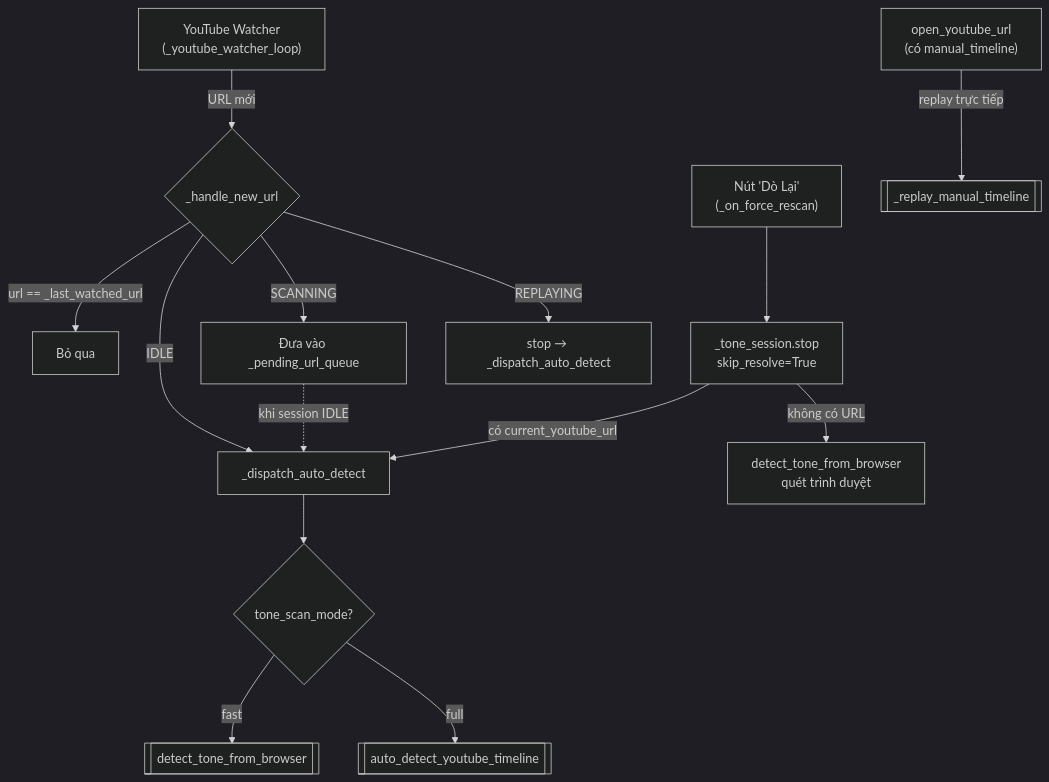
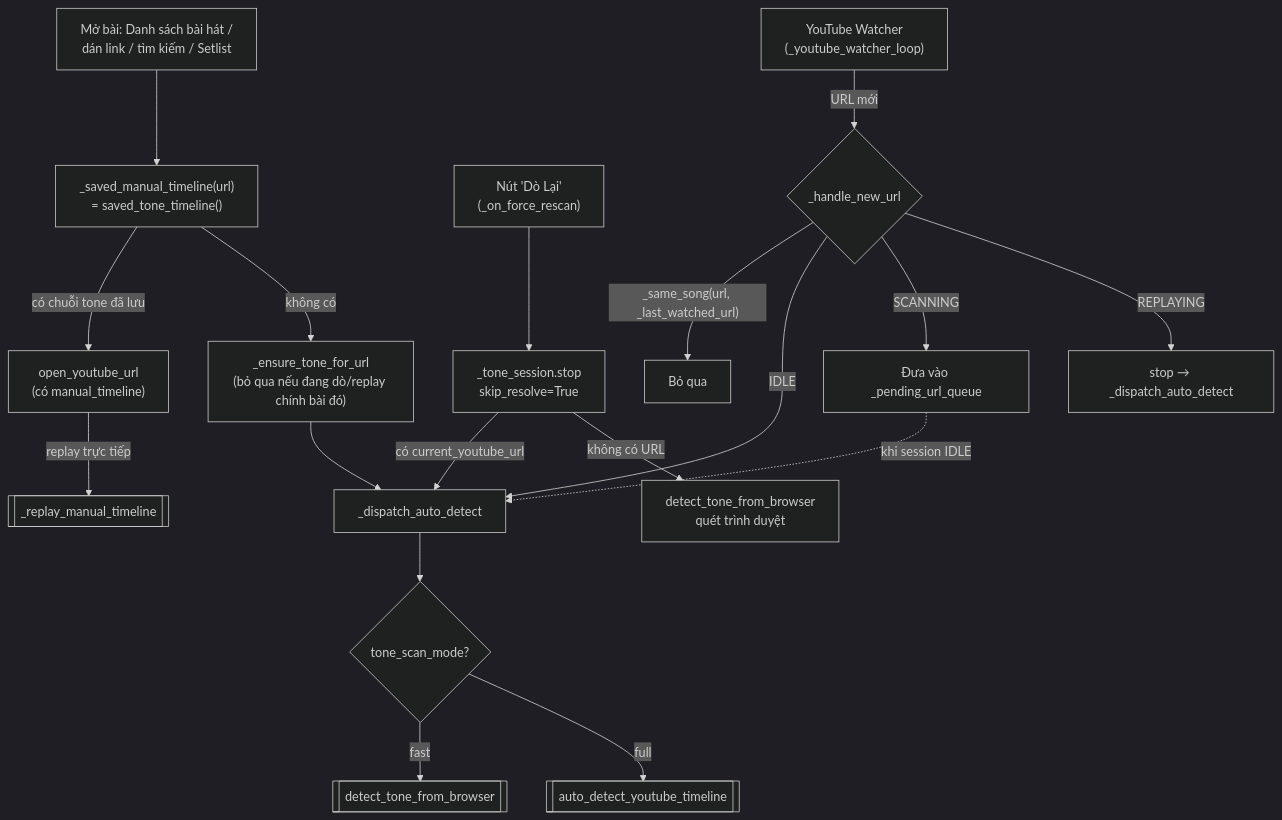
The third of 9 diagrams in docs/TONE_FLOWS.md (ligktit/quang-luu-studio), drawn with Mermaid (dark theme) before and after one commit. The commit also changed other lines of this file and 8 other files, not shown here.

````diff
--- a/docs/TONE_FLOWS.md
+++ b/docs/TONE_FLOWS.md
@@ -71,19 +96,23 @@
 ```mermaid
 flowchart TD
     A1["YouTube Watcher<br/>(_youtube_watcher_loop)"] -->|URL mới| H{_handle_new_url}
     A2["Nút 'Dò Lại'<br/>(_on_force_rescan)"] --> R[_tone_session.stop<br/>skip_resolve=True]
     A3["open_youtube_url<br/>(có manual_timeline)"] -->|replay trực tiếp| RP[[_replay_manual_timeline]]
+    A4["Mở bài: Danh sách bài hát /<br/>dán link / tìm kiếm / Setlist"] --> TL["_saved_manual_timeline(url)<br/>= saved_tone_timeline()"]
+    TL -->|"có chuỗi tone đã lưu"| A3
+    TL -->|không có| EN["_ensure_tone_for_url<br/>(bỏ qua nếu đang dò/replay chính bài đó)"]
+    EN --> D
 
-    H -->|url == _last_watched_url| X[Bỏ qua]
+    H -->|"_same_song(url, _last_watched_url)"| X[Bỏ qua]
     H -->|IDLE| D[_dispatch_auto_detect]
     H -->|SCANNING| Q[Đưa vào _pending_url_queue]
     H -->|REPLAYING| S2[stop → _dispatch_auto_detect]
 
     R -->|có current_youtube_url| D
     R -->|không có URL| FB[detect_tone_from_browser<br/>quét trình duyệt]
 
     D --> M{tone_scan_mode?}
     M -->|fast| FAST[[detect_tone_from_browser]]
     M -->|full| FULL[[auto_detect_youtube_timeline]]
     Q -.->|khi session IDLE| D
 ```
````
